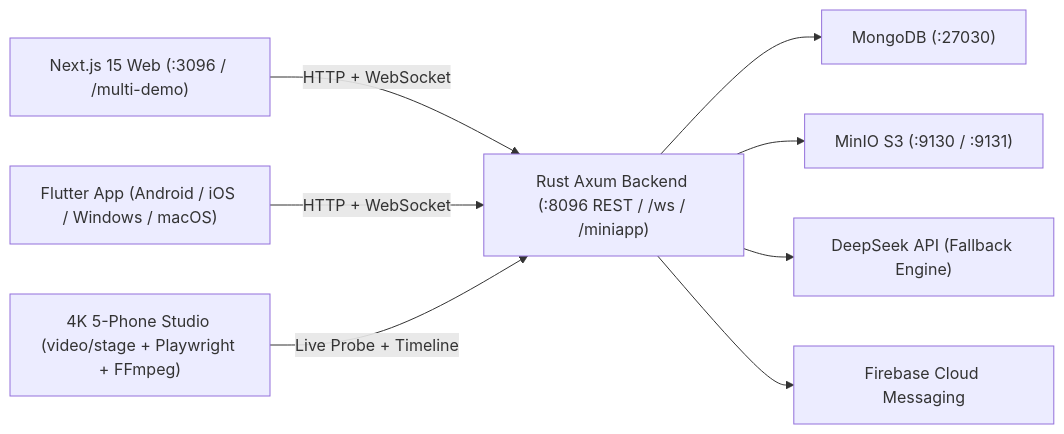
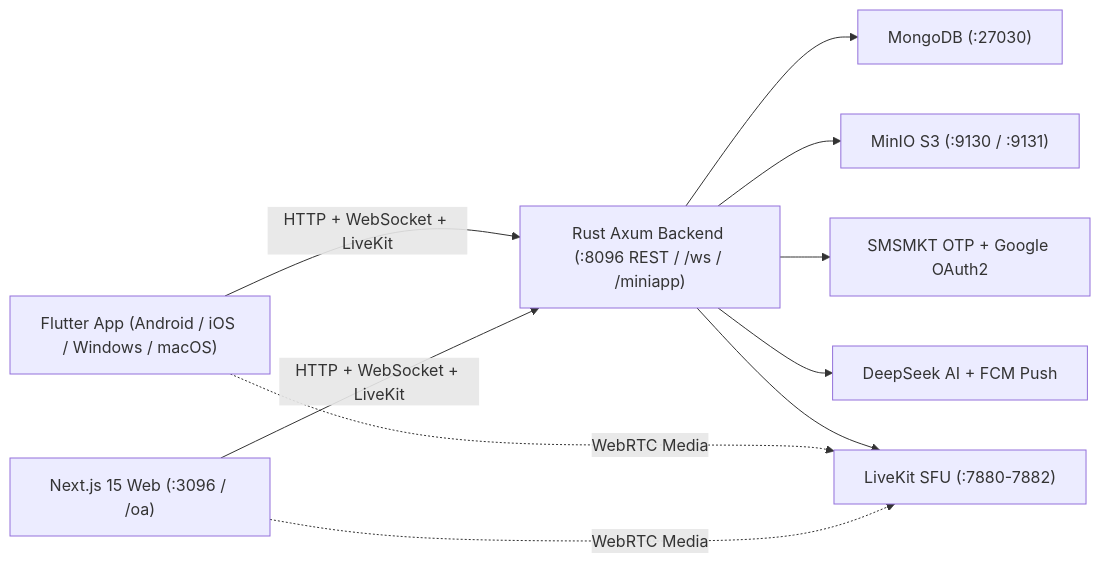
The diagram in README.md (jaturapornchai/bcaichat001), drawn with Mermaid before and after one commit. The commit also changed other lines of this file and 127 other files, not shown here.

````diff
--- a/README.md
+++ b/README.md
@@ -26,19 +18,21 @@
 ```mermaid
 flowchart LR
-  WEB["Next.js 15 Web (:3096 / /multi-demo)"]
+  WEB["Next.js 15 Web (:3096 / /oa)"]
   FLUTTER["Flutter App (Android / iOS / Windows / macOS)"]
   API["Rust Axum Backend (:8096 REST / /ws / /miniapp)"]
   MONGO["MongoDB (:27030)"]
   MINIO["MinIO S3 (:9130 / :9131)"]
-  AI["DeepSeek API (Fallback Engine)"]
-  FCM["Firebase Cloud Messaging"]
-  STUDIO["4K 5-Phone Studio (video/stage + Playwright + FFmpeg)"]
+  LIVEKIT["LiveKit SFU (:7880-7882)"]
+  SMS["SMSMKT OTP + Google OAuth2"]
+  AI["DeepSeek AI + FCM Push"]
 
-  WEB -->|HTTP + WebSocket| API
-  FLUTTER -->|HTTP + WebSocket| API
+  WEB -->|HTTP + WebSocket + LiveKit| API
+  FLUTTER -->|HTTP + WebSocket + LiveKit| API
+  WEB -.->|WebRTC Media| LIVEKIT
+  FLUTTER -.->|WebRTC Media| LIVEKIT
   API --> MONGO
   API --> MINIO
+  API --> LIVEKIT
+  API --> SMS
   API --> AI
-  API --> FCM
-  STUDIO -->|Live Probe + Timeline| API
 ```
````
